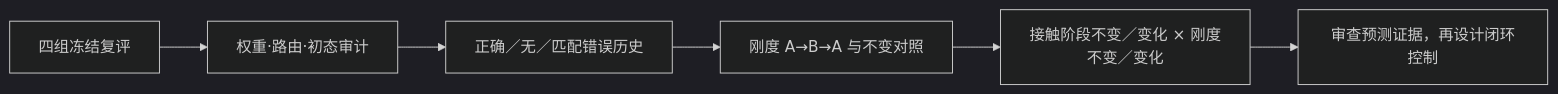
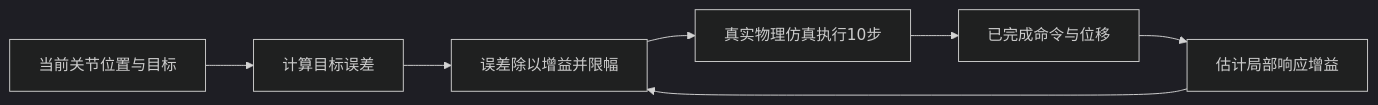
The diagram in research/progress-2026-10-08.md (nkd-lkz/physical-self-evolution), drawn with Mermaid (dark theme) before and after one commit. The commit also changed other lines of this file and 8 other files, not shown here.

````diff
--- a/research/progress-2026-10-08.md
+++ b/research/progress-2026-10-08.md
@@ -28,8 +49,9 @@
 ```mermaid
 flowchart LR
-  A[四组冻结复评] --> B[权重·路由·初态审计]
-  B --> C[正确／无／匹配错误历史]
-  C --> D[刚度 A→B→A 与不变对照]
-  D --> E[接触阶段不变／变化 × 刚度不变／变化]
-  E --> F[审查预测证据，再设计闭环控制]
+  A[当前关节位置与目标] --> B[计算目标误差]
+  H[已完成命令与位移] --> G[估计局部响应增益]
+  B --> C[误差除以增益并限幅]
+  G --> C
+  C --> E[真实物理仿真执行10步]
+  E --> H
 ```
````
